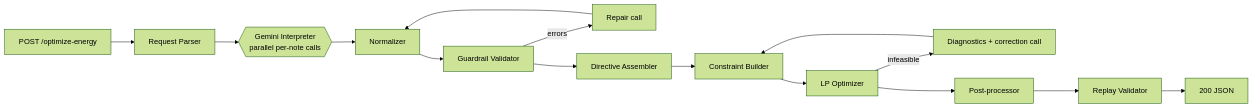
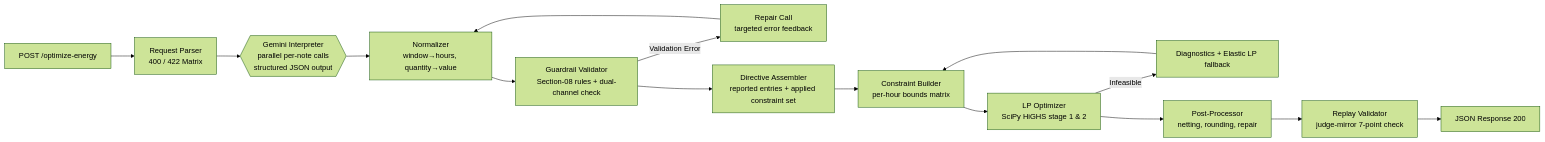
One commit to AniMahou/BUP_Hackathon changed the diagram in README.md. Above: the diagram before and after it, drawn with Mermaid (forest theme). The commit also changed other lines of this file, not shown here.

Commit message:
docs(readme): enrich README.md with LP mathematical formulation, architecture pipeline, rubric alignment, and benchmarks

````diff
--- a/README.md
+++ b/README.md
@@ -38,15 +36,15 @@
 ```mermaid
 flowchart LR
-    A[POST /optimize-energy] --> B[Request Parser]
-    B --> C{{Gemini Interpreter<br/>parallel per-note calls}}
-    C --> D[Normalizer]
-    D --> E[Guardrail Validator]
-    E -- errors --> R[Repair call] --> D
-    E --> F[Directive Assembler]
-    F --> G[Constraint Builder]
-    G --> H[LP Optimizer]
-    H -- infeasible --> X[Diagnostics + correction call] --> G
-    H --> I[Post-processor]
-    I --> J[Replay Validator]
-    J --> K[200 JSON]
+    A[POST /optimize-energy] --> B[Request Parser<br/>400 / 422 Matrix]
+    B --> C{{Gemini Interpreter<br/>parallel per-note calls<br/>structured JSON output}}
+    C --> D[Normalizer<br/>window→hours, quantity→value]
+    D --> E[Guardrail Validator<br/>Section-08 rules + dual-channel check]
+    E -- Validation Error --> R[Repair Call<br/>targeted error feedback] --> D
+    E --> F[Directive Assembler<br/>reported entries + applied constraint set]
+    F --> G[Constraint Builder<br/>per-hour bounds matrix]
+    G --> H[LP Optimizer<br/>SciPy HiGHS stage 1 & 2]
+    H -- Infeasible --> X[Diagnostics + Elastic LP fallback] --> G
+    H --> I[Post-Processor<br/>netting, rounding, repair]
+    I --> J[Replay Validator<br/>judge-mirror 7-point check]
+    J --> K[JSON Response 200]
 ```
````
